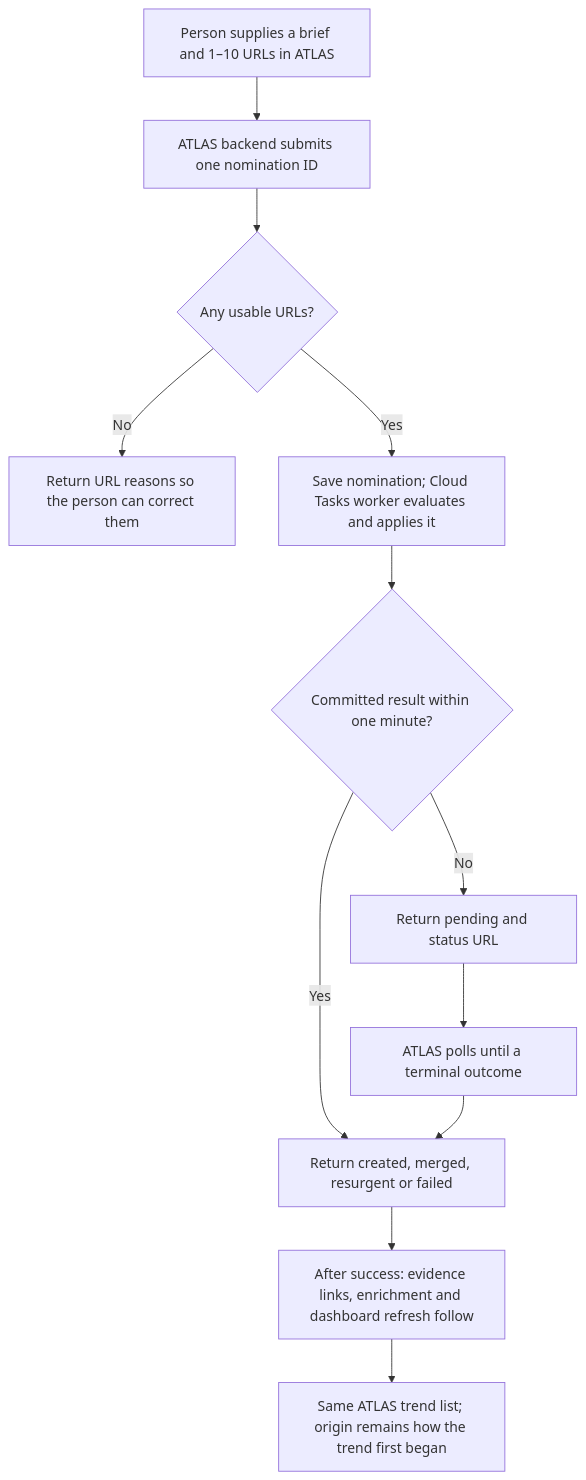
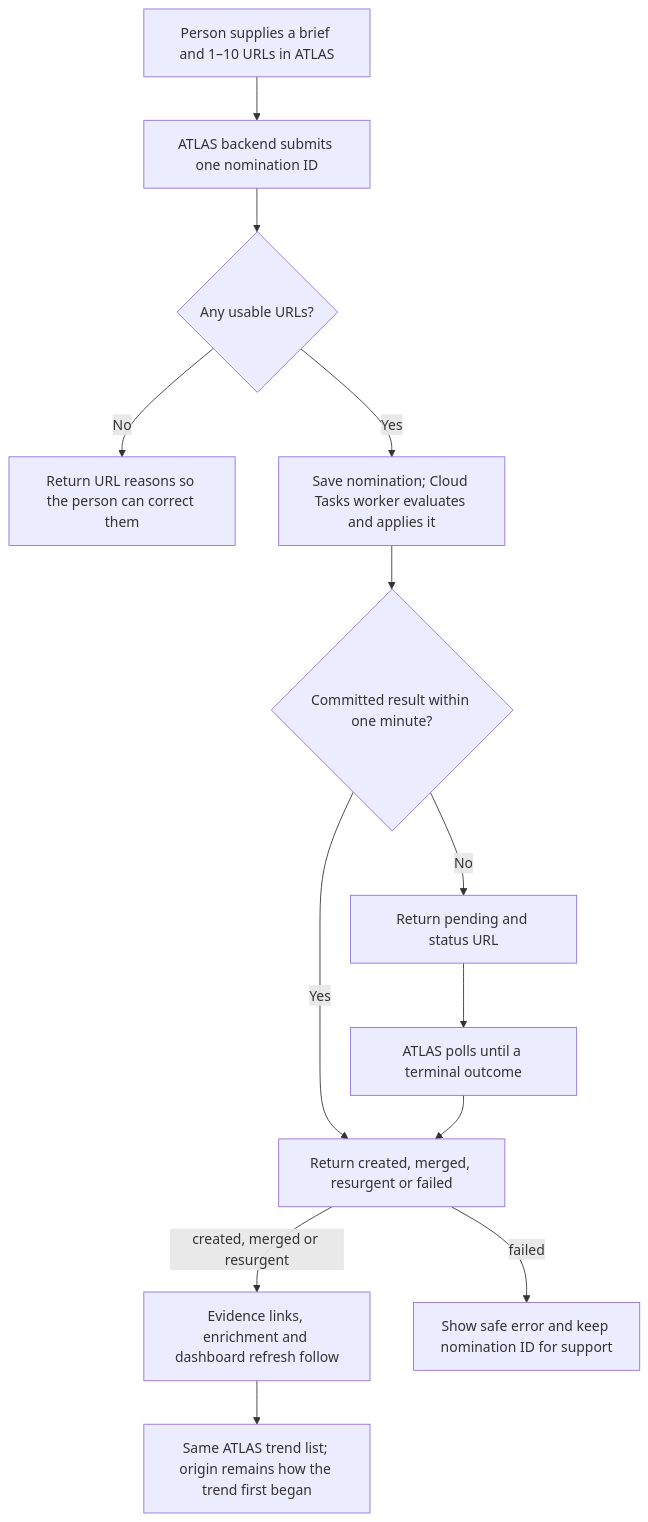
The diagram in docs/dashboard/editorial-nomination-workflow.md (mjmena/Trend-Tree), drawn with Mermaid before and after one commit. The commit also changed other lines of this file and 4 other files, not shown here.

````diff
--- a/docs/dashboard/editorial-nomination-workflow.md
+++ b/docs/dashboard/editorial-nomination-workflow.md
@@ -18,14 +18,15 @@
 ```mermaid
 flowchart TD
     A[Person supplies a brief and 1–10 URLs in ATLAS] --> B[ATLAS backend submits one nomination ID]
     B --> C{Any usable URLs?}
     C -->|No| D[Return URL reasons so the person can correct them]
     C -->|Yes| E[Save nomination; Cloud Tasks worker evaluates and applies it]
     E --> F{Committed result within one minute?}
     F -->|Yes| G[Return created, merged, resurgent or failed]
     F -->|No| H[Return pending and status URL]
     H --> I[ATLAS polls until a terminal outcome]
     I --> G
-    G --> J[After success: evidence links, enrichment and dashboard refresh follow]
+    G -->|created, merged or resurgent| J[Evidence links, enrichment and dashboard refresh follow]
+    G -->|failed| L[Show safe error and keep nomination ID for support]
     J --> K[Same ATLAS trend list; origin remains how the trend first began]
 ```
````
